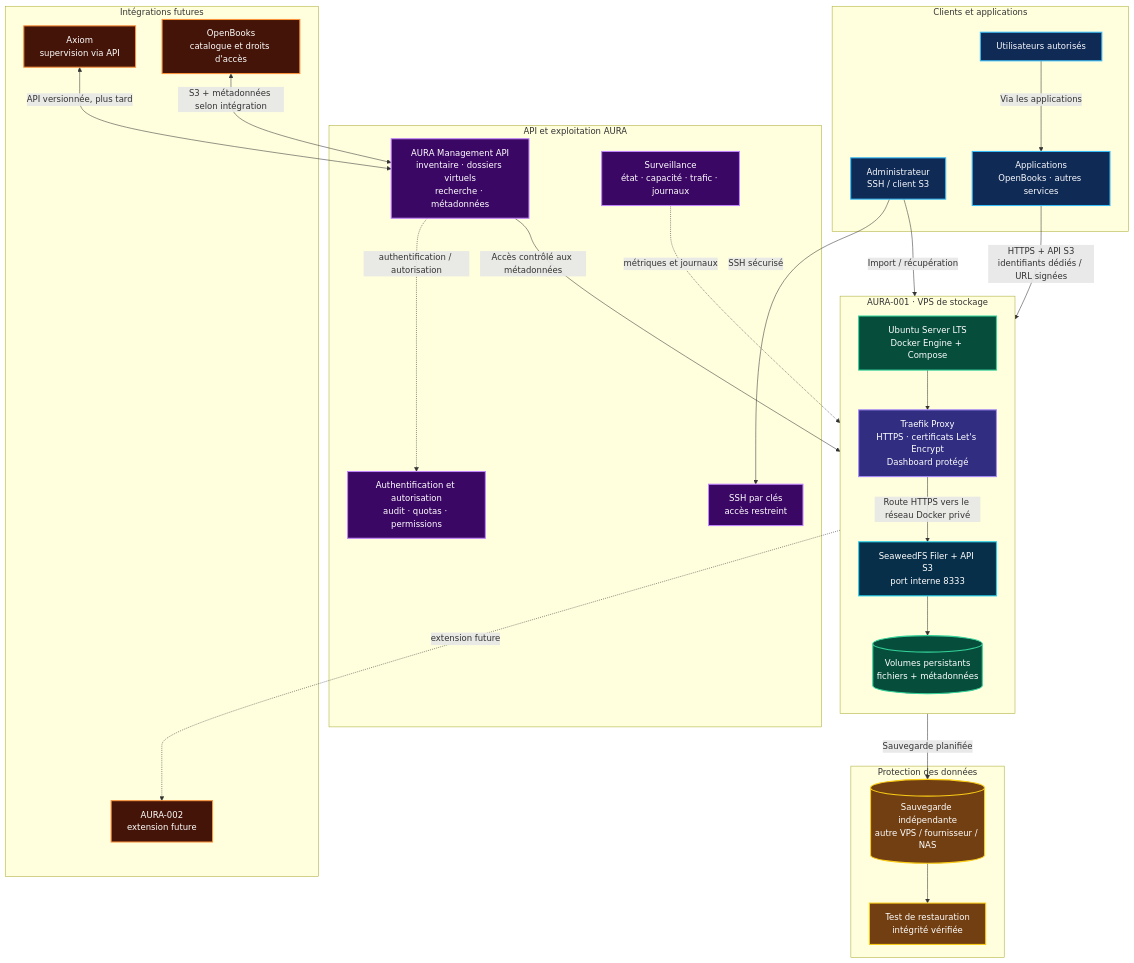
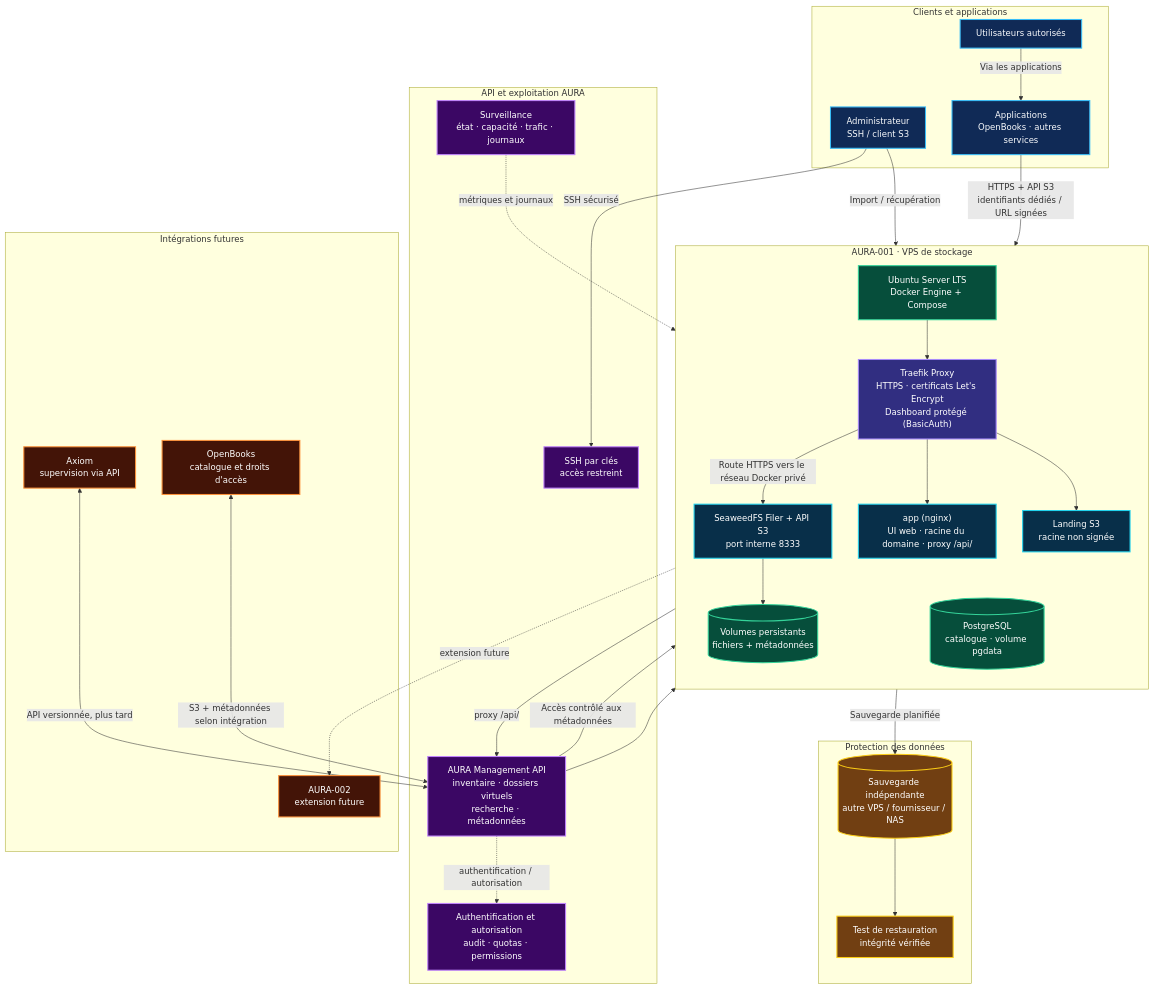
The diagram in docs/ARCHITECTURE.mmd (digitaleflex/aura-storage), drawn with Mermaid before and after one commit. The commit also changed 34 other files, not shown here.

```diff
--- a/docs/ARCHITECTURE.mmd
+++ b/docs/ARCHITECTURE.mmd
@@ -1,66 +1,73 @@
 flowchart TB
     %% AURA Storage — architecture cible initiale
 
     classDef client fill:#102A56,stroke:#38BDF8,color:#F8FAFC,stroke-width:2px
     classDef edge fill:#312E81,stroke:#A78BFA,color:#FFFFFF,stroke-width:2px
     classDef api fill:#082F49,stroke:#22D3EE,color:#FFFFFF,stroke-width:2px
     classDef storage fill:#064E3B,stroke:#34D399,color:#FFFFFF,stroke-width:2px
     classDef ops fill:#3B0764,stroke:#C084FC,color:#FFFFFF,stroke-width:2px
     classDef backup fill:#713F12,stroke:#FACC15,color:#FFFFFF,stroke-width:2px
     classDef future fill:#431407,stroke:#FB923C,color:#FFFFFF,stroke-width:2px
 
     subgraph CLIENTS["Clients et applications"]
         ADMIN["Administrateur<br/>SSH / client S3"]
         APPS["Applications<br/>OpenBooks · autres services"]
         USERS["Utilisateurs autorisés"]
     end
 
     subgraph AURA["AURA-001 · VPS de stockage"]
         direction TB
         HOST["Ubuntu Server LTS<br/>Docker Engine + Compose"]
-        TRAEFIK["Traefik Proxy<br/>HTTPS · certificats Let's Encrypt<br/>Dashboard protégé"]
+        TRAEFIK["Traefik Proxy<br/>HTTPS · certificats Let's Encrypt<br/>Dashboard protégé (BasicAuth)"]
+        APP["app (nginx)<br/>UI web · racine du domaine · proxy /api/"]
+        LANDING["Landing S3<br/>racine non signée"]
         S3["SeaweedFS Filer + API S3<br/>port interne 8333"]
+        POSTGRES[("PostgreSQL<br/>catalogue · volume pgdata")]
         DATA[("Volumes persistants<br/>fichiers + métadonnées")]
         HOST --> TRAEFIK
         TRAEFIK -->|"Route HTTPS vers le réseau Docker privé"| S3
+        TRAEFIK --> APP
+        TRAEFIK --> LANDING
         S3 --> DATA
     end
 
     subgraph MANAGEMENT["API et exploitation AURA"]
         API["AURA Management API<br/>inventaire · dossiers virtuels<br/>recherche · métadonnées"]
         AUTH["Authentification et autorisation<br/>audit · quotas · permissions"]
         MON["Surveillance<br/>état · capacité · trafic · journaux"]
         SSH["SSH par clés<br/>accès restreint"]
     end
 
     subgraph RECOVERY["Protection des données"]
         BACKUP[("Sauvegarde indépendante<br/>autre VPS / fournisseur / NAS")]
         RESTORE["Test de restauration<br/>intégrité vérifiée"]
     end
 
     subgraph FUTURE["Intégrations futures"]
         AXIOM["Axiom<br/>supervision via API"]
         OPENBOOKS["OpenBooks<br/>catalogue et droits d'accès"]
         AURA2["AURA-002<br/>extension future"]
     end
 
     ADMIN -->|"SSH sécurisé"| SSH
     ADMIN -->|"Import / récupération"| TRAEFIK
     APPS -->|"HTTPS + API S3<br/>identifiants dédiés / URL signées"| TRAEFIK
     USERS -->|"Via les applications"| APPS
+    APP -->|"proxy /api/"| API
     API -->|"Accès contrôlé aux métadonnées"| DATA
+    API --> POSTGRES
     API -. "authentification / autorisation" .-> AUTH
     MON -. "métriques et journaux" .-> HOST
     DATA -->|"Sauvegarde planifiée"| BACKUP
     BACKUP --> RESTORE
     AXIOM <-->|"API versionnée, plus tard"| API
     OPENBOOKS <-->|"S3 + métadonnées selon intégration"| API
     AURA -. "extension future" .-> AURA2
 
     class ADMIN,APPS,USERS client
     class TRAEFIK edge
-    class S3 api
-    class HOST,DATA storage
+    class S3,APP,LANDING api
+    class HOST,DATA,POSTGRES storage
     class API,AUTH,MON,SSH ops
     class BACKUP,RESTORE backup
     class AXIOM,OPENBOOKS,AURA2 future
```
